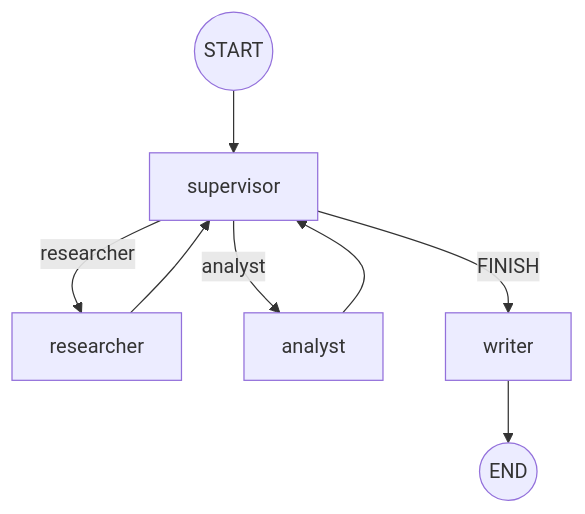
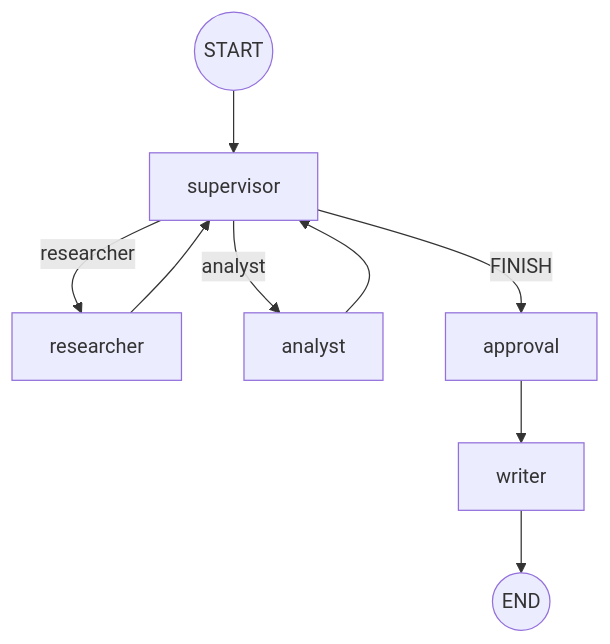
Before and after one commit to ramiro-c/orquestador-langgraph: the diagram in README.md, drawn with Mermaid. The commit also changed other lines of this file and 6 other files, not shown here.

````diff
--- a/README.md
+++ b/README.md
@@ -43,10 +122,11 @@
 ```mermaid
 flowchart TD
     START((START)) --> supervisor
     supervisor -->|researcher| researcher
     supervisor -->|analyst| analyst
-    supervisor -->|FINISH| writer
+    supervisor -->|FINISH| approval
+    approval --> writer
     researcher --> supervisor
     analyst --> supervisor
     writer --> END((END))
 ```
````
